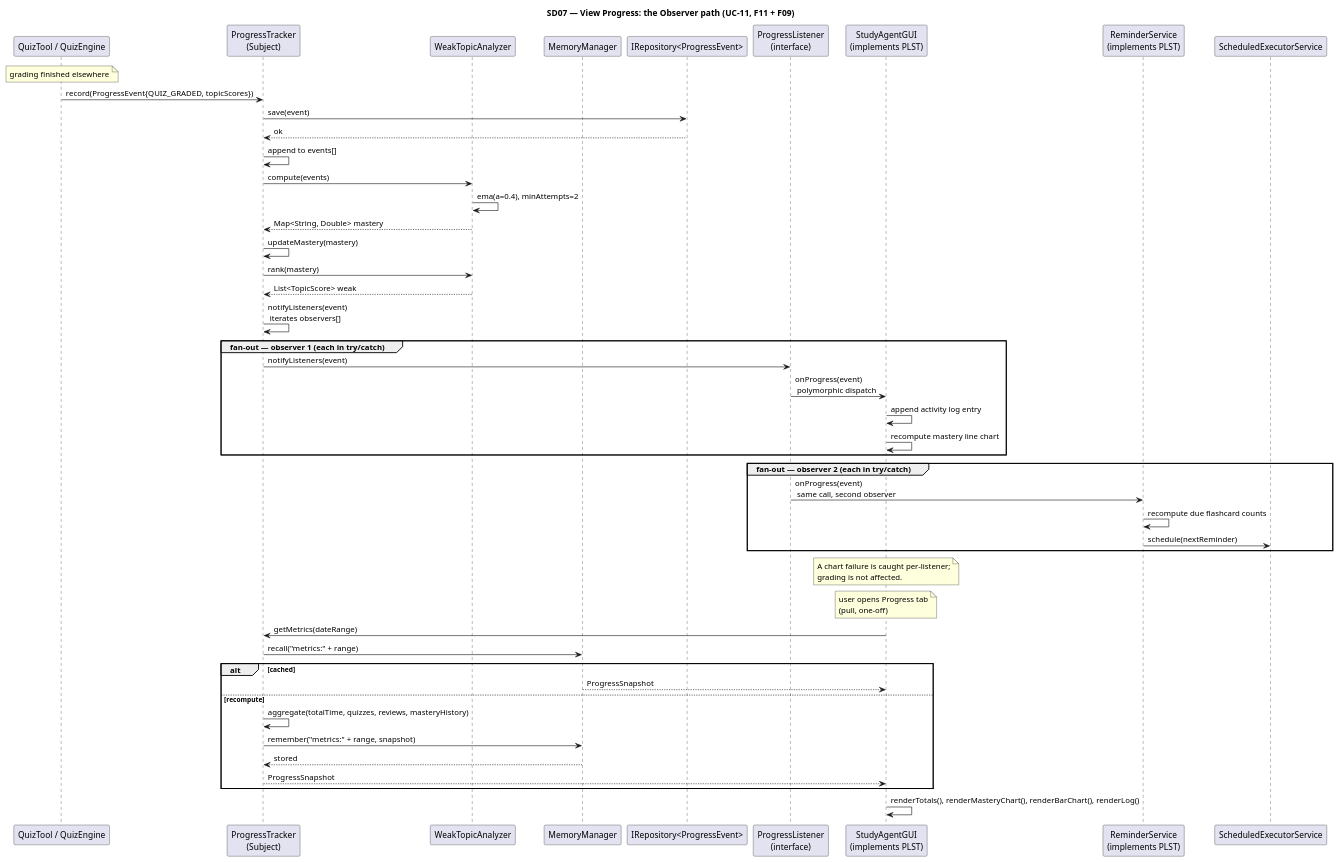
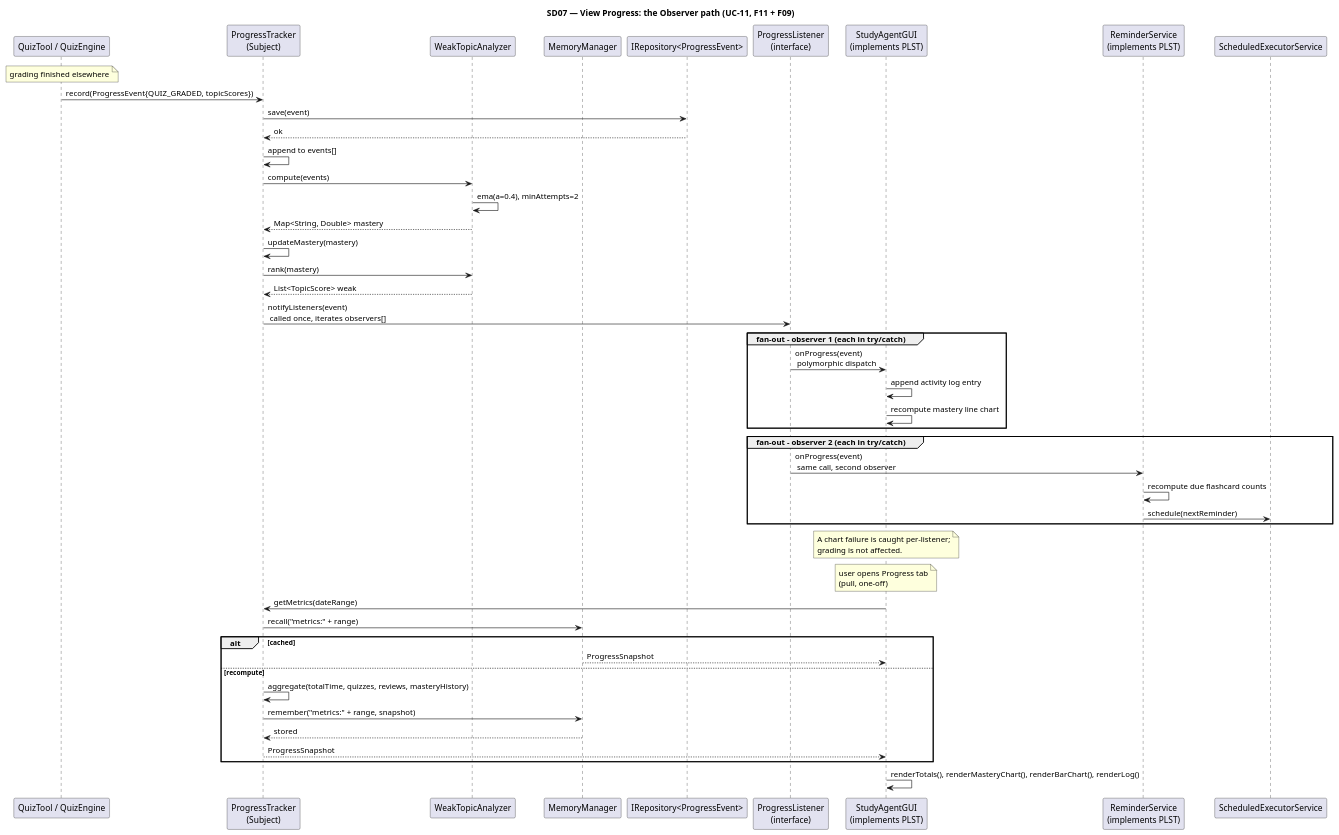
Before and after one commit to aad1tyak/EECS3311: the diagram in stage1/diagrams/SD07.puml, drawn with PlantUML.

Commit message:
notifyListeners once in SD07 not twice
had a PT->>PLST inside the par block too, so listeners fired once up front and
then again per observer

```diff
--- a/stage1/diagrams/SD07.puml
+++ b/stage1/diagrams/SD07.puml
@@ -1,68 +1,67 @@
 @startuml SD07
 ' SD07 — View Progress: the Observer path in isolation (UC-11, F11 + F09)
 ' No user action beyond opening a tab; all updates are pushes from the subject.
 
 title SD07 — View Progress: the Observer path (UC-11, F11 + F09)
 
 participant "QuizTool / QuizEngine" as QT
 participant "ProgressTracker\n(Subject)" as PT
 participant "WeakTopicAnalyzer" as WTA
 participant "MemoryManager" as MM
 participant "IRepository<ProgressEvent>" as REPO
 participant "ProgressListener\n(interface)" as PLST
 participant "StudyAgentGUI\n(implements PLST)" as GUI
 participant "ReminderService\n(implements PLST)" as RS
 participant "ScheduledExecutorService" as SCH
 
 note over QT: grading finished elsewhere
 QT -> PT: record(ProgressEvent{QUIZ_GRADED, topicScores})
 PT -> REPO: save(event)
 REPO --> PT: ok
 PT -> PT: append to events[]
 PT -> WTA: compute(events)
 WTA -> WTA: ema(a=0.4), minAttempts=2
 WTA --> PT: Map<String, Double> mastery
 PT -> PT: updateMastery(mastery)
 PT -> WTA: rank(mastery)
 WTA --> PT: List<TopicScore> weak
 
-PT -> PT: notifyListeners(event)  \n iterates observers[]
+PT -> PLST: notifyListeners(event)  \n called once, iterates observers[]
 
-group fan-out — observer 1 (each in try/catch)
-  PT -> PLST: notifyListeners(event)
+group fan-out - observer 1 (each in try/catch)
   PLST -> GUI: onProgress(event)  \n polymorphic dispatch
   GUI -> GUI: append activity log entry
   GUI -> GUI: recompute mastery line chart
 end
 
-group fan-out — observer 2 (each in try/catch)
+group fan-out - observer 2 (each in try/catch)
   PLST -> RS: onProgress(event)  \n same call, second observer
   RS -> RS: recompute due flashcard counts
   RS -> SCH: schedule(nextReminder)
 end
 
 note over GUI
   A chart failure is caught per-listener;
   grading is not affected.
 end note
 
 note over GUI
   user opens Progress tab
   (pull, one-off)
 end note
 
 GUI -> PT: getMetrics(dateRange)
 PT -> MM: recall("metrics:" + range)
 
 alt cached
   MM --> GUI: ProgressSnapshot
 else recompute
   PT -> PT: aggregate(totalTime, quizzes, reviews, masteryHistory)
   PT -> MM: remember("metrics:" + range, snapshot)
   MM --> PT: stored
   PT --> GUI: ProgressSnapshot
 end
 
 GUI -> GUI: renderTotals(), renderMasteryChart(), renderBarChart(), renderLog()
 
 @enduml
```
